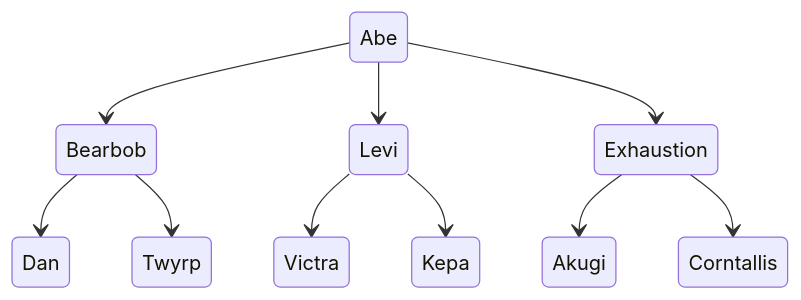
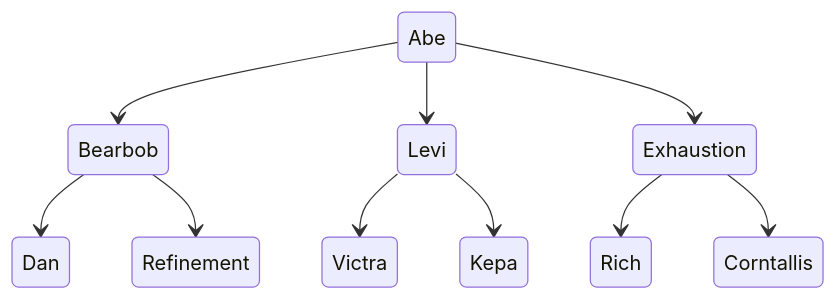
The fifth of 10 diagrams in wepulled/swp/README.md (leemWF/READMEVault), drawn with Mermaid before and after one commit. The commit also changed other lines of this file, not shown here.

````diff
--- a/wepulled/swp/README.md
+++ b/wepulled/swp/README.md
@@ -85,23 +97,23 @@
 ```mermaid
 stateDiagram-v2
     t1: Abe
     h1: Bearbob
     h2: Levi
     h3: Exhaustion
     r1: Dan
-    r2: Twyrp
+    r2: Refinement
     r3: Victra
     r4: Kepa
-    r5: Akugi
+    r5: Rich
     r6: Corntallis
 
     t1 --> h1
     t1 --> h2
     t1 --> h3
     h1 --> r1
     h1 --> r2
     h2 --> r3
     h2 --> r4
     h3 --> r5
     h3 --> r6
 ```
````
